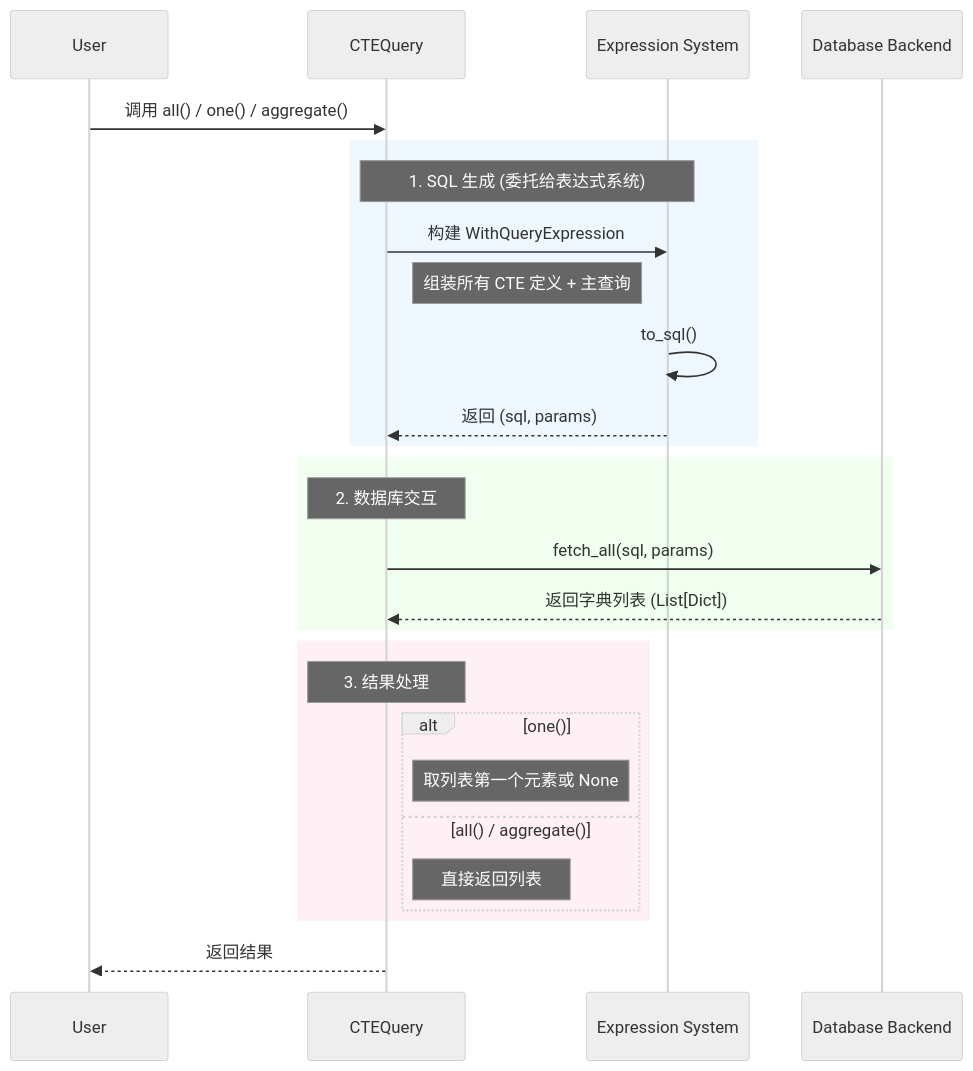
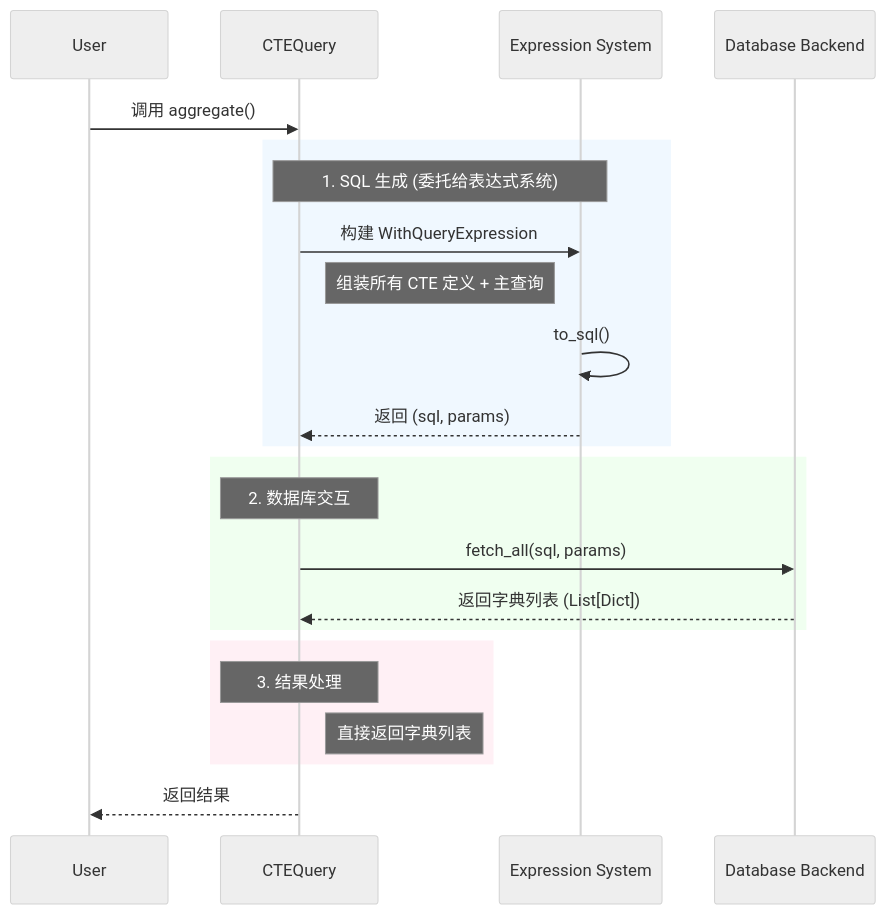
One commit to rhosocial/python-activerecord changed the diagram in docs/zh_CN/querying/cte_query.md. Above: the diagram before and after it, drawn with Mermaid (neutral theme). The commit also changed 1 other file, not shown here.

Commit message:
docs: fix CTEQuery flowchart to remove one/all methods

````diff
--- a/docs/zh_CN/querying/cte_query.md
+++ b/docs/zh_CN/querying/cte_query.md
@@ -81,34 +81,30 @@
 ```mermaid
 sequenceDiagram
     participant User
     participant Query as CTEQuery
     participant Expr as Expression System
     participant Backend as Database Backend
 
-    User->>Query: 调用 all() / one() / aggregate()
+    User->>Query: 调用 aggregate()
     
     rect rgb(240, 248, 255)
         Note over Query, Expr: 1. SQL 生成 (委托给表达式系统)
         Query->>Expr: 构建 WithQueryExpression
         Note right of Query: 组装所有 CTE 定义 + 主查询
         Expr->>Expr: to_sql()
         Expr-->>Query: 返回 (sql, params)
     end
 
     rect rgb(240, 255, 240)
         Note over Query: 2. 数据库交互
         Query->>Backend: fetch_all(sql, params)
         Backend-->>Query: 返回字典列表 (List[Dict])
     end
 
     rect rgb(255, 240, 245)
         Note over Query: 3. 结果处理
-        alt one()
-            Note right of Query: 取列表第一个元素或 None
-        else all() / aggregate()
-            Note right of Query: 直接返回列表
-        end
+        Note right of Query: 直接返回字典列表
     end
 
     Query-->>User: 返回结果
 ```
````
